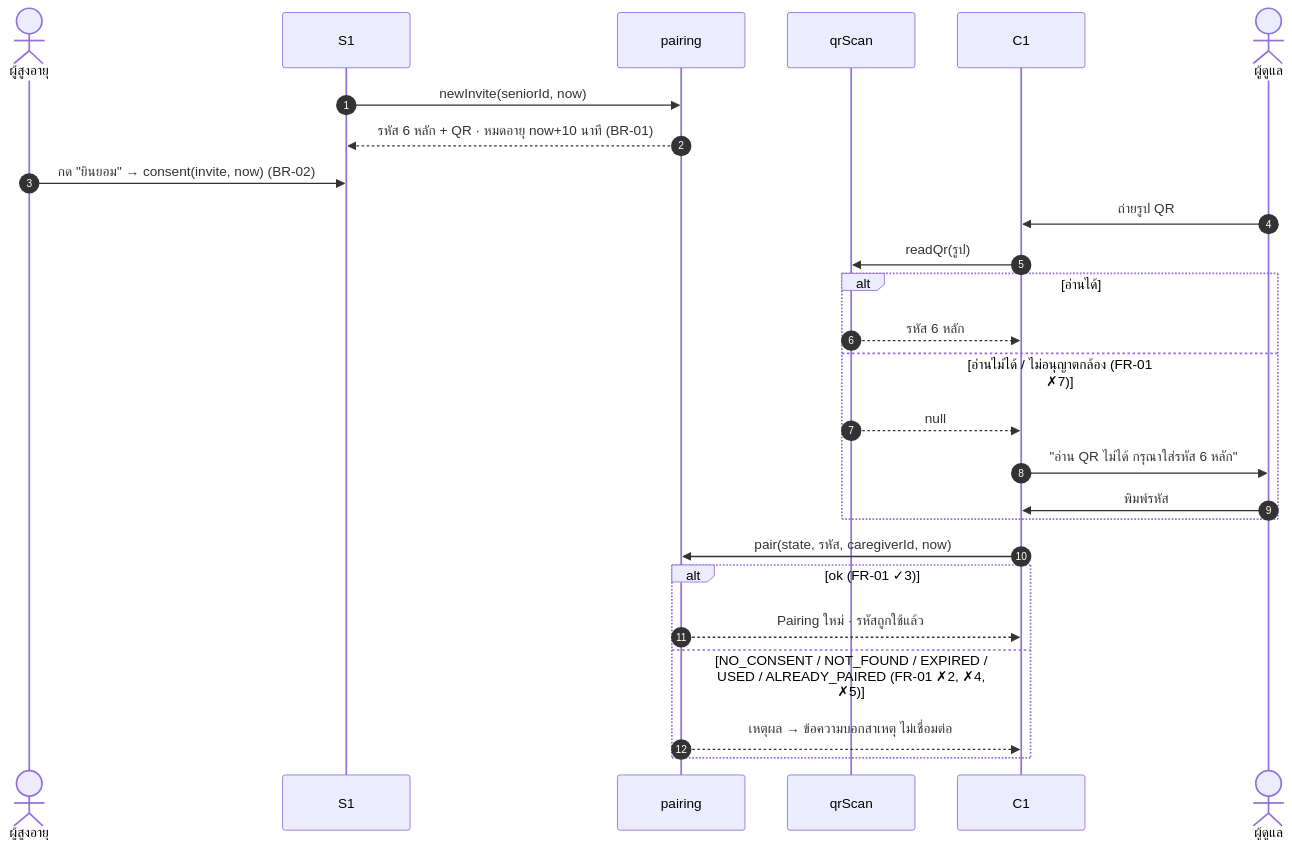
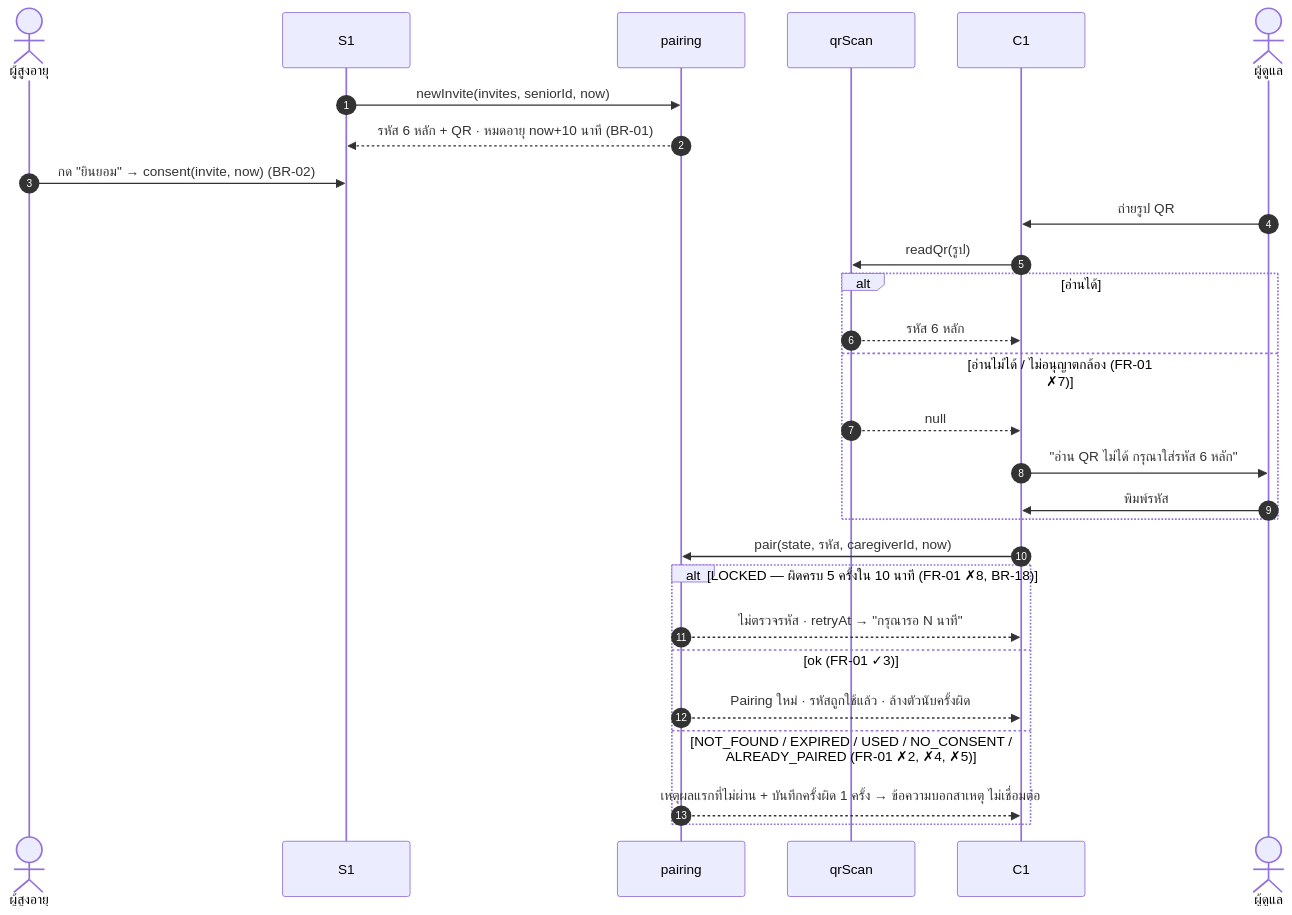
One commit to yaroo393-png/MedMind_webapp changed the sixth of 8 diagrams in docs/03-design/architecture.md. Above: the diagram before and after it, drawn with Mermaid. The commit also changed other lines of this file and 4 other files, not shown here.

Commit message:
Spec 001-pairing + clarify: BR-18 lockout, new invite voids old (BR-01), reject order (FR-01)

````diff
--- a/docs/03-design/architecture.md
+++ b/docs/03-design/architecture.md
@@ -248,29 +248,31 @@
 ```mermaid
 sequenceDiagram
     autonumber
     actor Senior as ผู้สูงอายุ
     participant S1 as S1
     participant PA as pairing
     participant QR as qrScan
     participant C1 as C1
     actor Caregiver as ผู้ดูแล
 
-    S1->>PA: newInvite(seniorId, now)
+    S1->>PA: newInvite(invites, seniorId, now)
     PA-->>S1: รหัส 6 หลัก + QR · หมดอายุ now+10 นาที (BR-01)
     Senior->>S1: กด "ยินยอม" → consent(invite, now) (BR-02)
     Caregiver->>C1: ถ่ายรูป QR
     C1->>QR: readQr(รูป)
     alt อ่านได้
         QR-->>C1: รหัส 6 หลัก
     else อ่านไม่ได้ / ไม่อนุญาตกล้อง (FR-01 ✗7)
         QR-->>C1: null
         C1->>Caregiver: "อ่าน QR ไม่ได้ กรุณาใส่รหัส 6 หลัก"
         Caregiver->>C1: พิมพ์รหัส
     end
     C1->>PA: pair(state, รหัส, caregiverId, now)
-    alt ok (FR-01 ✓3)
-        PA-->>C1: Pairing ใหม่ · รหัสถูกใช้แล้ว
-    else NO_CONSENT / NOT_FOUND / EXPIRED / USED / ALREADY_PAIRED (FR-01 ✗2, ✗4, ✗5)
-        PA-->>C1: เหตุผล → ข้อความบอกสาเหตุ ไม่เชื่อมต่อ
+    alt LOCKED — ผิดครบ 5 ครั้งใน 10 นาที (FR-01 ✗8, BR-18)
+        PA-->>C1: ไม่ตรวจรหัส · retryAt → "กรุณารอ N นาที"
+    else ok (FR-01 ✓3)
+        PA-->>C1: Pairing ใหม่ · รหัสถูกใช้แล้ว · ล้างตัวนับครั้งผิด
+    else NOT_FOUND / EXPIRED / USED / NO_CONSENT / ALREADY_PAIRED (FR-01 ✗2, ✗4, ✗5)
+        PA-->>C1: เหตุผลแรกที่ไม่ผ่าน + บันทึกครั้งผิด 1 ครั้ง → ข้อความบอกสาเหตุ ไม่เชื่อมต่อ
     end
 ```
````
